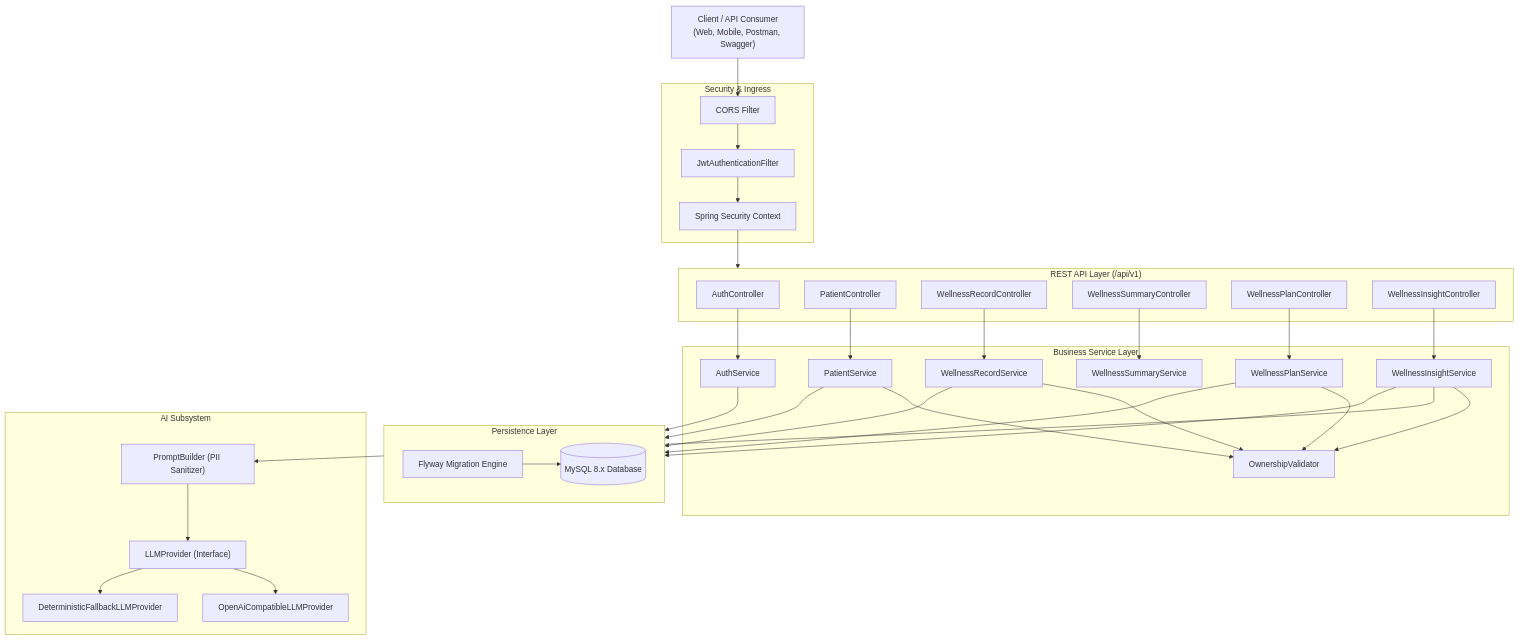
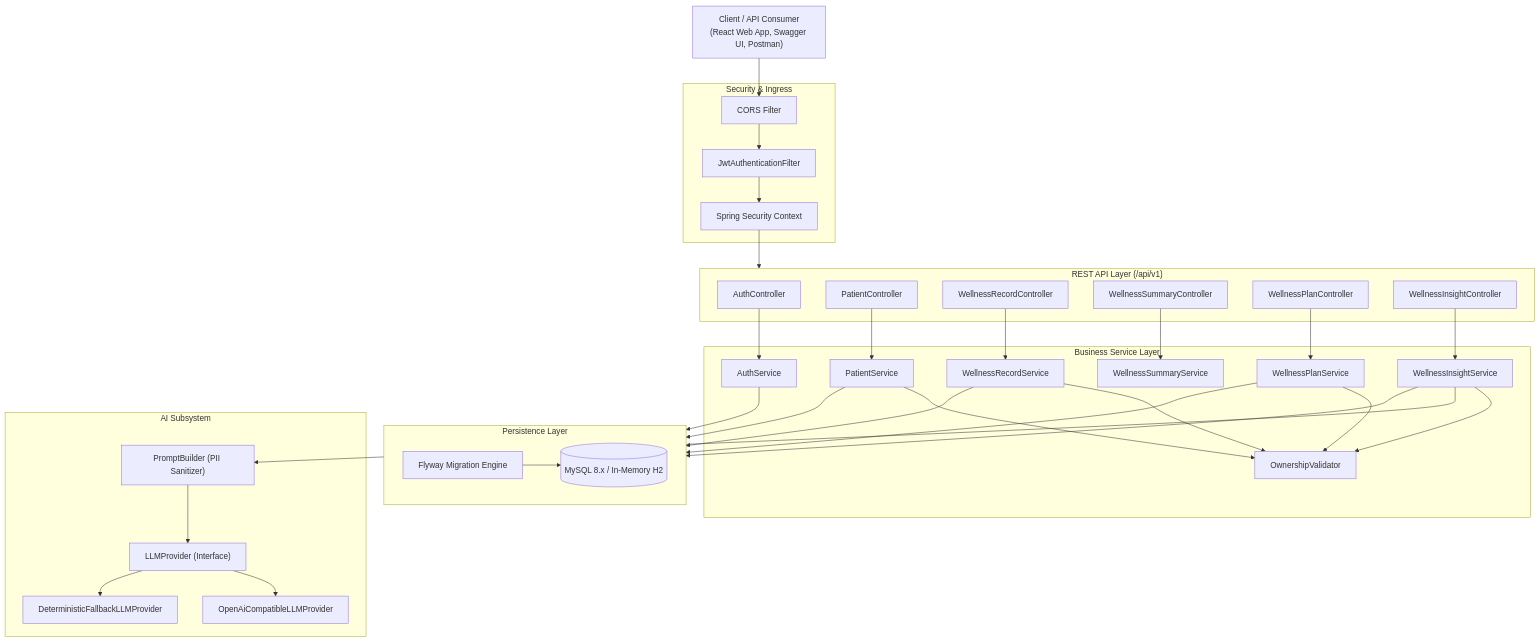
Before and after one commit to Bharathsirikonda/ai-patient-wellness-monitoring-system: the first of 2 diagrams in README.md, drawn with Mermaid. The commit also changed other lines of this file and 121 other files, not shown here.

````diff
--- a/README.md
+++ b/README.md
@@ -65,57 +69,57 @@
 ```mermaid
 flowchart TD
-    Client["Client / API Consumer<br/>(Web, Mobile, Postman, Swagger)"]
+    Client["Client / API Consumer<br/>(React Web App, Swagger UI, Postman)"]
 
     subgraph Security ["Security & Ingress"]
         CORS["CORS Filter"]
         JWT["JwtAuthenticationFilter"]
         SecurityContext["Spring Security Context"]
     end
 
     subgraph API ["REST API Layer (/api/v1)"]
         AuthController["AuthController"]
         PatientController["PatientController"]
         RecordController["WellnessRecordController"]
         SummaryController["WellnessSummaryController"]
         PlanController["WellnessPlanController"]
         InsightController["WellnessInsightController"]
     end
 
     subgraph Services ["Business Service Layer"]
         AuthService["AuthService"]
         PatientService["PatientService"]
         RecordService["WellnessRecordService"]
         SummaryService["WellnessSummaryService"]
         PlanService["WellnessPlanService"]
         InsightService["WellnessInsightService"]
         OwnershipValidator["OwnershipValidator"]
     end
 
     subgraph AI ["AI Subsystem"]
         PromptBuilder["PromptBuilder (PII Sanitizer)"]
         LLMProvider["LLMProvider (Interface)"]
         OpenAiProvider["OpenAiCompatibleLLMProvider"]
         FallbackProvider["DeterministicFallbackLLMProvider"]
     end
 
     subgraph Persistence ["Persistence Layer"]
         Flyway["Flyway Migration Engine"]
-        MySQL[("MySQL 8.x Database")]
+        Database[("MySQL 8.x / In-Memory H2")]
     end
 
     Client --> CORS --> JWT --> SecurityContext --> API
     AuthController --> AuthService
     PatientController --> PatientService
     RecordController --> RecordService
     SummaryController --> SummaryService
     PlanController --> PlanService
     InsightController --> InsightService
 
     PatientService & RecordService & PlanService & InsightService --> OwnershipValidator
     InsightService --> PromptBuilder --> LLMProvider
     LLMProvider --> OpenAiProvider
     LLMProvider --> FallbackProvider
 
     AuthService & PatientService & RecordService & PlanService & InsightService --> Persistence
-    Flyway --> MySQL
+    Flyway --> Database
 ```
````
